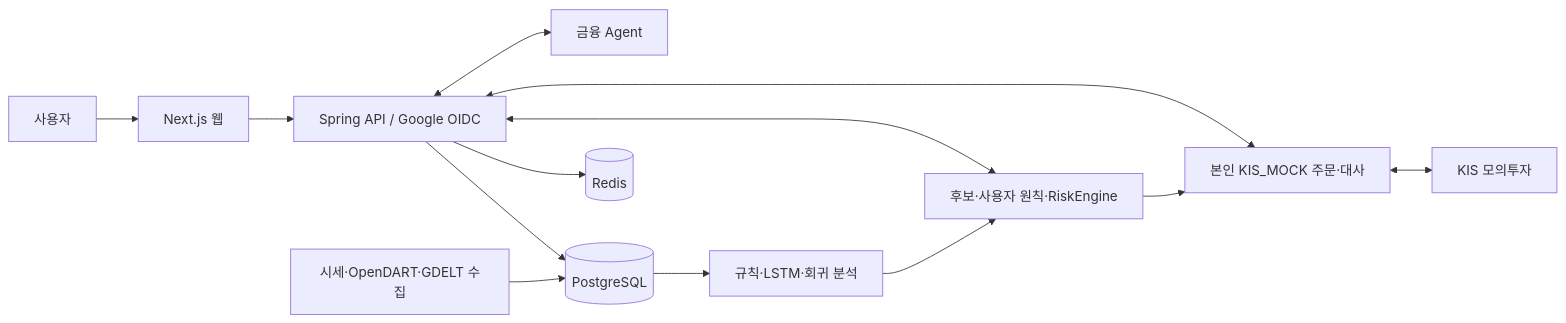
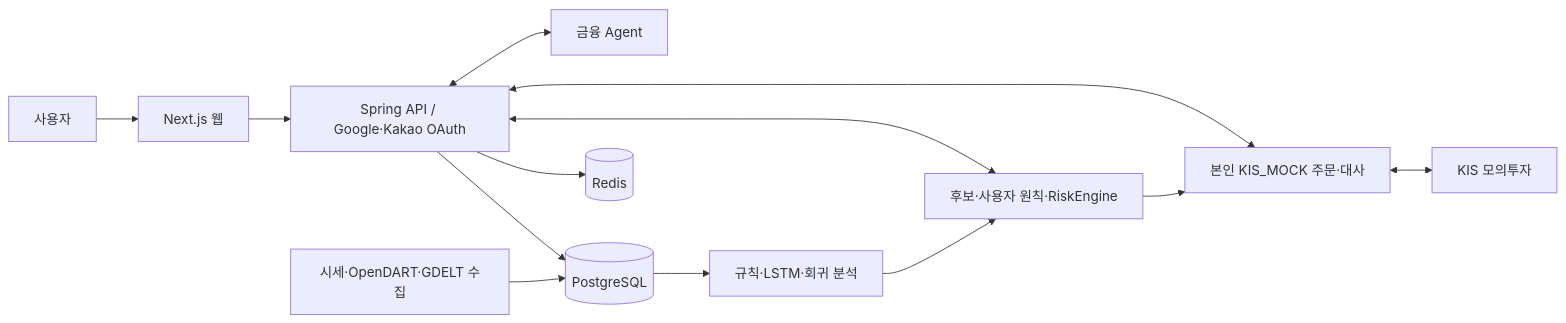
The diagram in README.md (robinhood0107/Capstone-AI-Trading-Coach), drawn with Mermaid before and after one commit. The commit also changed other lines of this file and 1 other file, not shown here.

````diff
--- a/README.md
+++ b/README.md
@@ -48,15 +48,15 @@
 ```mermaid
 flowchart LR
   U[사용자] --> W[Next.js 웹]
-  W --> A[Spring API / Google OIDC]
+  W --> A[Spring API / Google·Kakao OAuth]
   A --> P[(PostgreSQL)]
   A --> R[(Redis)]
   D[시세·OpenDART·GDELT 수집] --> P
   P --> M[규칙·LSTM·회귀 분석]
   M --> G[후보·사용자 원칙·RiskEngine]
   G --> B[본인 KIS_MOCK 주문·대사]
   B <--> K[KIS 모의투자]
   A <--> G
   A <--> B
   A <--> F[금융 Agent]
 ```
````
